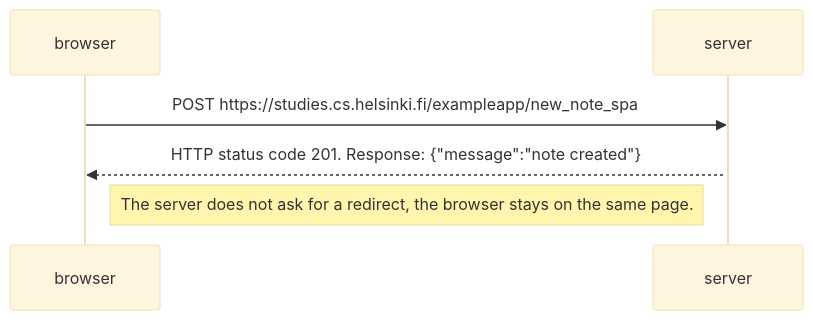
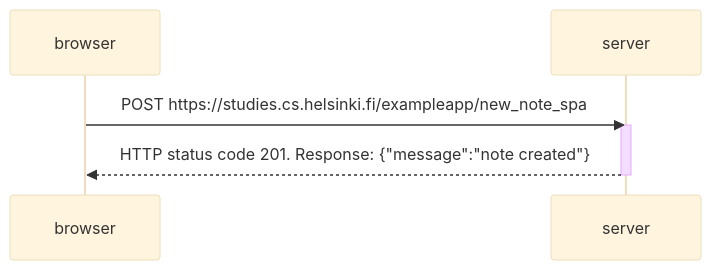
Before and after one commit to WilczynskiMikolaj/fullstackopen: the diagram in part0/part0.6.md, drawn with Mermaid (base theme).

Commit message:
Part 0.6

````diff
--- a/part0/part0.6.md
+++ b/part0/part0.6.md
@@ -1,10 +1,11 @@
 ```mermaid
 sequenceDiagram
     participant browser
     participant server
 
     browser->>server: POST https://studies.cs.helsinki.fi/exampleapp/new_note_spa
     activate server
     server-->>browser: HTTP status code 201. Response: {"message":"note created"}
-    Note left of server: The server does not ask for a redirect, the browser stays on the same page.
+    deactivate server
+    
 ```
````
